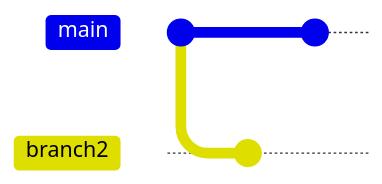
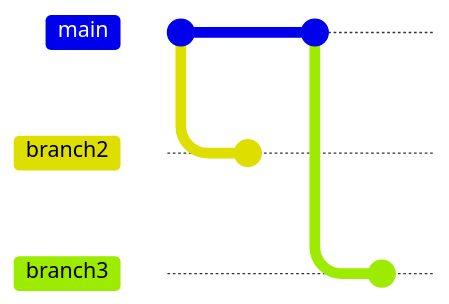
One commit to raulacava/myNotes changed the diagram in README.md. Above: the diagram before and after it, drawn with Mermaid. Commit ids are hidden.

Commit message:
4th Commit

````diff
--- a/README.md
+++ b/README.md
@@ -3,9 +3,11 @@
 ```mermaid
 %%{init:{'gitGraph':{'showCommitLabel':false}}}%%
 gitGraph
     commit
     branch branch2
     commit
     checkout main
     commit
+    branch branch3
+    commit
 ```
````
